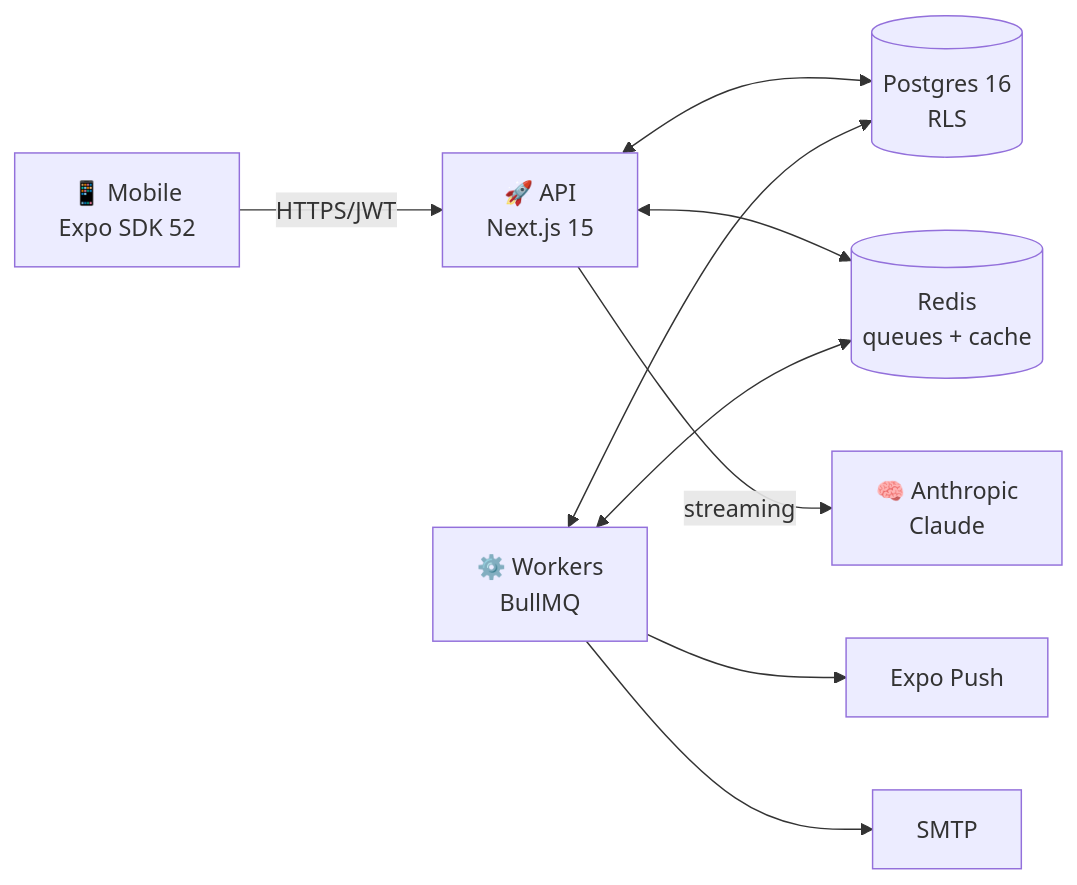
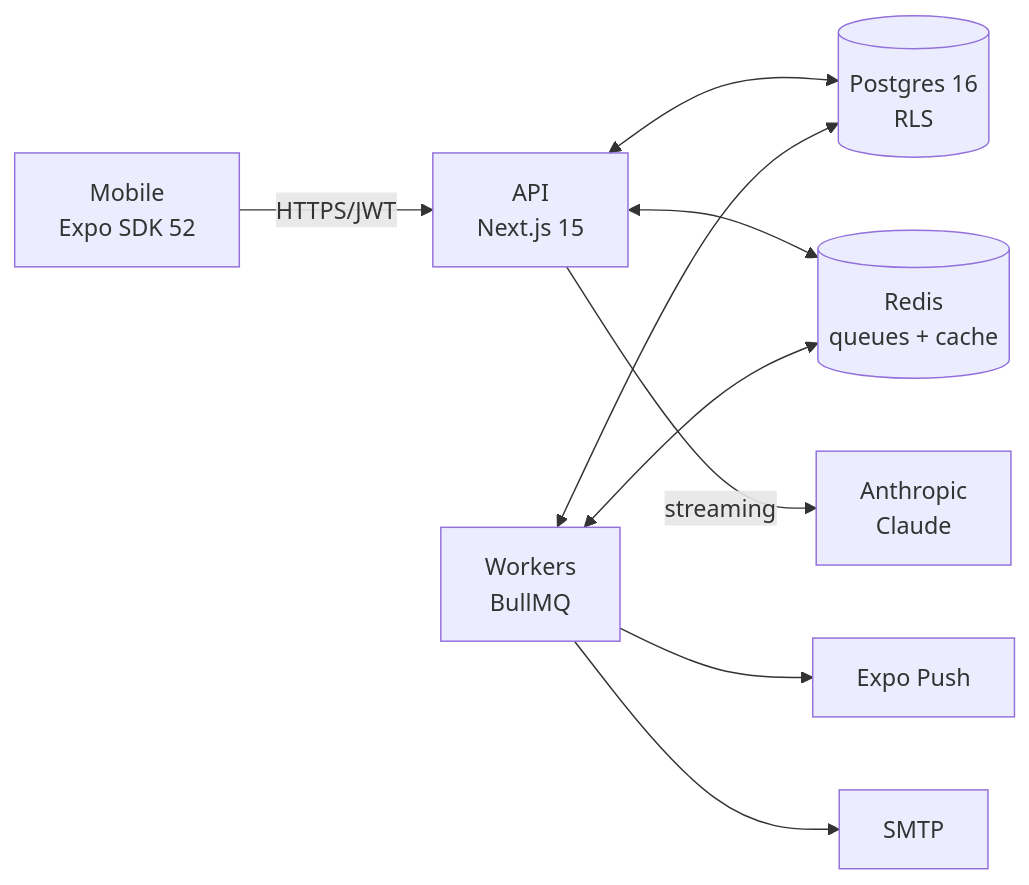
The diagram in README.md (saanvivishal/cyberscore), drawn with Mermaid before and after one commit. The commit also changed other lines of this file, not shown here.

````diff
--- a/README.md
+++ b/README.md
@@ -28,11 +28,11 @@
 ```mermaid
 flowchart LR
-  M[📱 Mobile<br/>Expo SDK 52] -- HTTPS/JWT --> A[🚀 API<br/>Next.js 15]
+  M[Mobile<br/>Expo SDK 52] -- HTTPS/JWT --> A[API<br/>Next.js 15]
   A <--> PG[(Postgres 16<br/>RLS)]
   A <--> R[(Redis<br/>queues + cache)]
-  W[⚙️ Workers<br/>BullMQ] <--> R
+  W[Workers<br/>BullMQ] <--> R
   W <--> PG
-  A -- streaming --> AI[🧠 Anthropic<br/>Claude]
+  A -- streaming --> AI[Anthropic<br/>Claude]
   W --> EXPO[Expo Push]
   W --> SMTP[SMTP]
 ```
````
